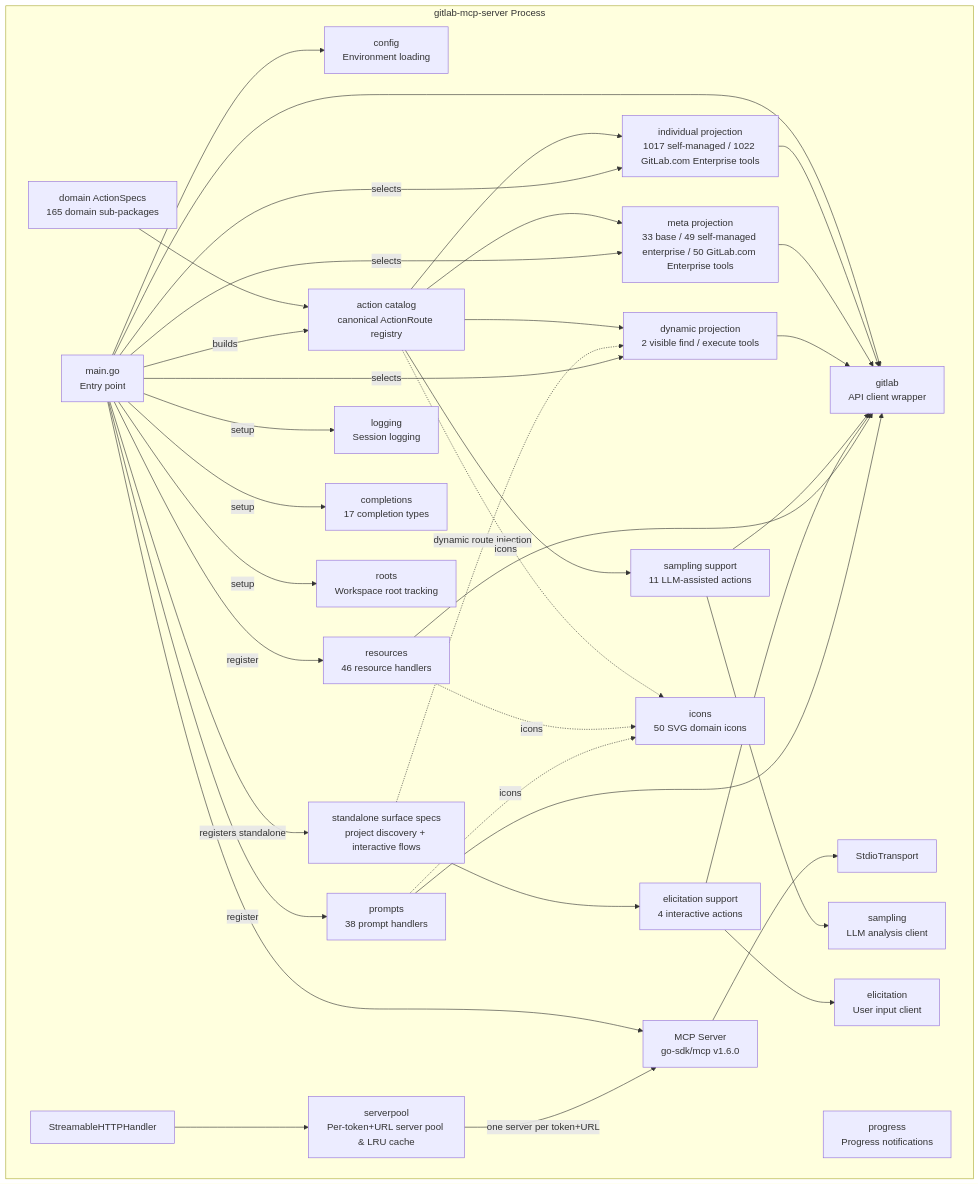
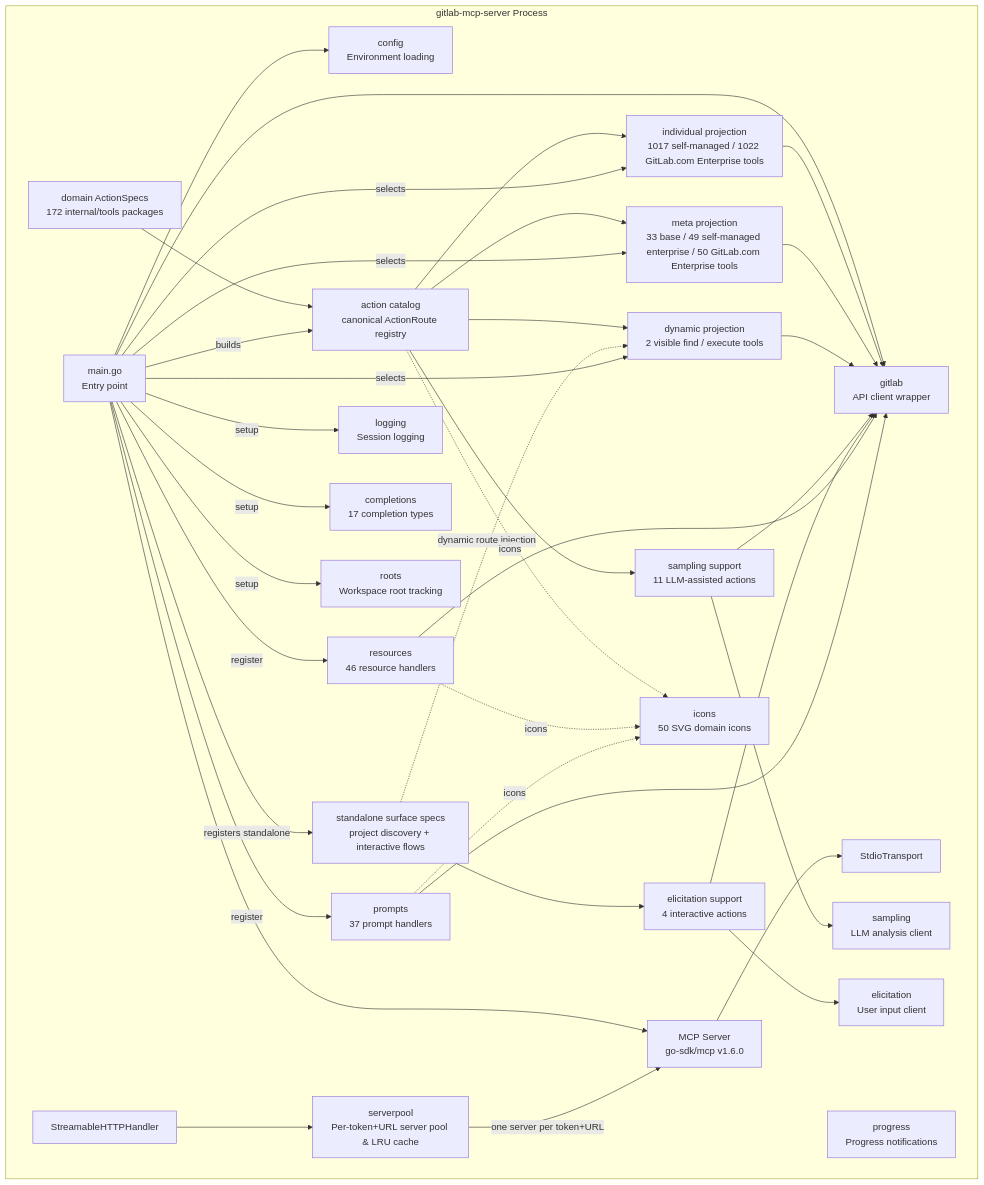
Before and after one commit to jmrplens/gitlab-mcp-server: the third of 11 diagrams in docs/architecture.md, drawn with Mermaid. The commit also changed other lines of this file and 30 other files, not shown here.

````diff
--- a/docs/architecture.md
+++ b/docs/architecture.md
@@ -64,65 +64,65 @@
 ```mermaid
 graph TD
     subgraph "gitlab-mcp-server Process"
         MAIN[main.go<br/>Entry point]
         CFG[config<br/>Environment loading]
         GL[gitlab<br/>API client wrapper]
-        SPECS[domain ActionSpecs<br/>165 domain sub-packages]
+        SPECS[domain ActionSpecs<br/>172 internal/tools packages]
         CATALOG[action catalog<br/>canonical ActionRoute registry]
         STANDALONE[standalone surface specs<br/>project discovery + interactive flows]
         IND[individual projection<br/>1017 self-managed / 1022 GitLab.com Enterprise tools]
         META[meta projection<br/>33 base / 49 self-managed enterprise / 50 GitLab.com Enterprise tools]
         DYN[dynamic projection<br/>2 visible find / execute tools]
         SAMP[sampling support<br/>11 LLM-assisted actions]
         ELIC[elicitation support<br/>4 interactive actions]
         RES[resources<br/>46 resource handlers]
-        PROMPTS[prompts<br/>38 prompt handlers]
+        PROMPTS[prompts<br/>37 prompt handlers]
         LOG[logging<br/>Session logging]
         COMP[completions<br/>17 completion types]
         ROOTS[roots<br/>Workspace root tracking]
         PROG[progress<br/>Progress notifications]
         SAMPLING[sampling<br/>LLM analysis client]
         ELICIT[elicitation<br/>User input client]
         ICN[icons<br/>50 SVG domain icons]
         SRV[MCP Server<br/>go-sdk/mcp v1.6.0]
         STDIO[StdioTransport]
         HTTP[StreamableHTTPHandler]
         POOL[serverpool<br/>Per-token+URL server pool & LRU cache]
     end
 
     MAIN --> CFG
     MAIN --> GL
     MAIN --> SRV
     SRV --> STDIO
     HTTP --> POOL
     POOL -->|one server per token+URL| SRV
     SPECS --> CATALOG
     CATALOG --> IND
     CATALOG --> META
     CATALOG --> DYN
     CATALOG --> SAMP
     STANDALONE --> ELIC
     STANDALONE -.->|dynamic route injection| DYN
     IND --> GL
     META --> GL
     DYN --> GL
     SAMP --> GL
     ELIC --> GL
     SAMP --> SAMPLING
     ELIC --> ELICIT
     RES --> GL
     PROMPTS --> GL
     MAIN -->|builds| CATALOG
     MAIN -->|selects| IND
     MAIN -->|selects| META
     MAIN -->|selects| DYN
     MAIN -->|registers standalone| STANDALONE
     MAIN -->|register| RES
     MAIN -->|register| PROMPTS
     CATALOG -.->|icons| ICN
     RES -.->|icons| ICN
     PROMPTS -.->|icons| ICN
     MAIN -->|setup| LOG
     MAIN -->|setup| COMP
     MAIN -->|setup| ROOTS
 ```
````
